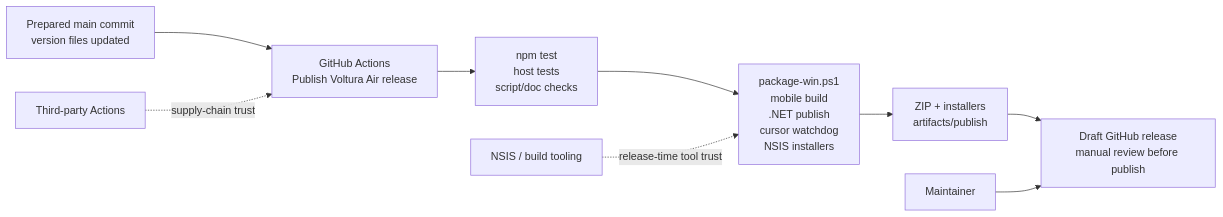
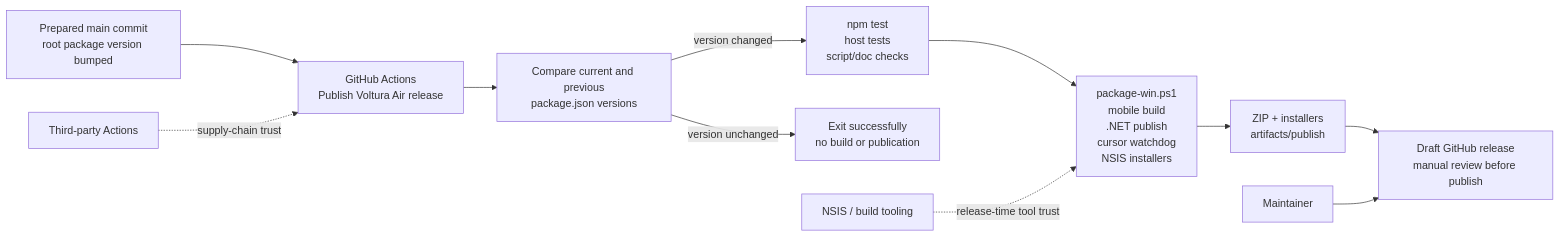
One commit to voltura/voltura-air changed the fourth of 4 diagrams in docs/security-architecture-diagrams.md. Above: the diagram before and after it, drawn with Mermaid. The commit also changed 17 other files, not shown here.

````diff
--- a/docs/security-architecture-diagrams.md
+++ b/docs/security-architecture-diagrams.md
@@ -87,12 +87,14 @@
 ```mermaid
 flowchart LR
-  Source["Prepared main commit\nversion files updated"] --> Workflow["GitHub Actions\nPublish Voltura Air release"]
-  Workflow --> Test["npm test\nhost tests\nscript/doc checks"]
+  Source["Prepared main commit\nroot package version bumped"] --> Workflow["GitHub Actions\nPublish Voltura Air release"]
+  Workflow --> Guard["Compare current and previous\npackage.json versions"]
+  Guard -->|"version changed"| Test["npm test\nhost tests\nscript/doc checks"]
+  Guard -->|"version unchanged"| Skip["Exit successfully\nno build or publication"]
   Test --> Package["package-win.ps1\nmobile build\n.NET publish\ncursor watchdog\nNSIS installers"]
   Package --> Artifacts["ZIP + installers\nartifacts/publish"]
   Artifacts --> Draft["Draft GitHub release\nmanual review before publish"]
 
   Actions["Third-party Actions"] -. "supply-chain trust" .-> Workflow
   Tooling["NSIS / build tooling"] -. "release-time tool trust" .-> Package
   Reviewer["Maintainer"] --> Draft
 ```
````
